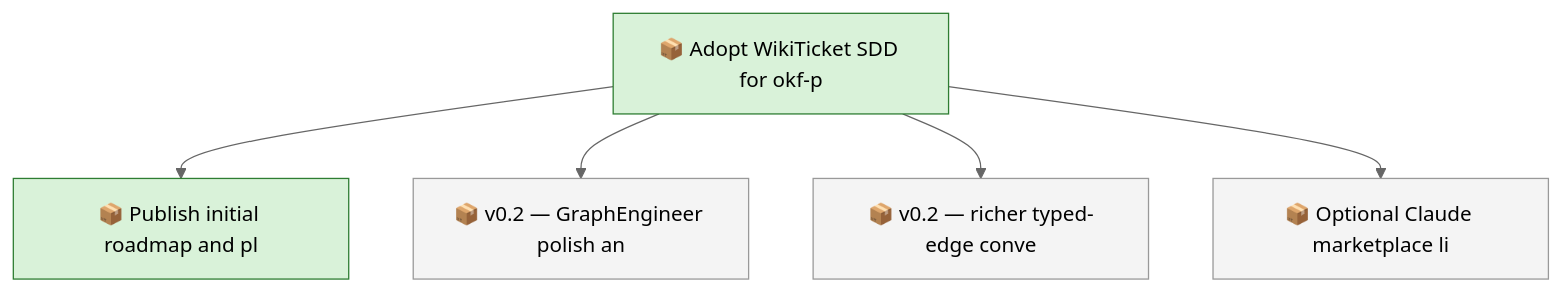
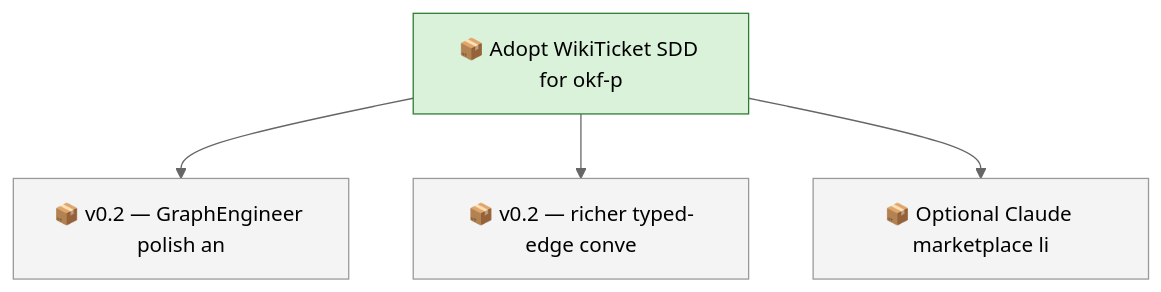
Before and after one commit to SpillwaveSolutions/okf-plugin: the first of 2 diagrams in docs/roadmap.md, drawn with Mermaid (neutral theme). The commit also changed other lines of this file and 10 other files, not shown here.

First line of the commit message:
worklog: publish docs to GitHub wiki 01KYQZ4PAN6A8EX36M2ZRWMDAZ

````diff
--- a/docs/roadmap.md
+++ b/docs/roadmap.md
@@ -66,16 +55,14 @@
 ```mermaid
 graph TD
     01KYQZ4PAMZCM9N56K8F3034F2["📦 Adopt WikiTicket SDD for okf-p"]
-    01KYQZ4PAN6A8EX36M2ZRWMDAZ["📦 Publish initial roadmap and pl"]
     01KYQZ4PAN71X19C6ZZVM42ZS2["📦 v0.2 — GraphEngineer polish an"]
     01KYQZ4PANG2JE670X42GCZY6S["📦 v0.2 — richer typed-edge conve"]
     01KYQZ4PANQFYAMMEBBHYPPG6P["📦 Optional Claude marketplace li"]
-    01KYQZ4PAMZCM9N56K8F3034F2 --> 01KYQZ4PAN6A8EX36M2ZRWMDAZ
     01KYQZ4PAMZCM9N56K8F3034F2 --> 01KYQZ4PAN71X19C6ZZVM42ZS2
     01KYQZ4PAMZCM9N56K8F3034F2 --> 01KYQZ4PANG2JE670X42GCZY6S
     01KYQZ4PAMZCM9N56K8F3034F2 --> 01KYQZ4PANQFYAMMEBBHYPPG6P
     classDef todo fill:#f4f4f4,stroke:#999999
     class 01KYQZ4PAN71X19C6ZZVM42ZS2,01KYQZ4PANG2JE670X42GCZY6S,01KYQZ4PANQFYAMMEBBHYPPG6P todo
     classDef in_progress fill:#d9f2d9,stroke:#2e7d32
-    class 01KYQZ4PAMZCM9N56K8F3034F2,01KYQZ4PAN6A8EX36M2ZRWMDAZ in_progress
+    class 01KYQZ4PAMZCM9N56K8F3034F2 in_progress
 ```
````
